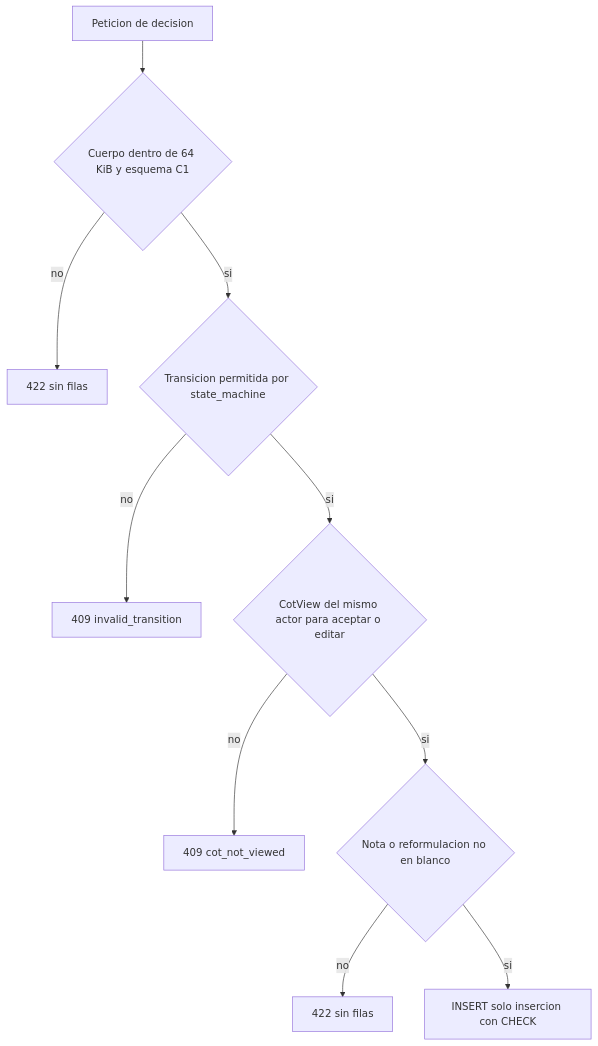
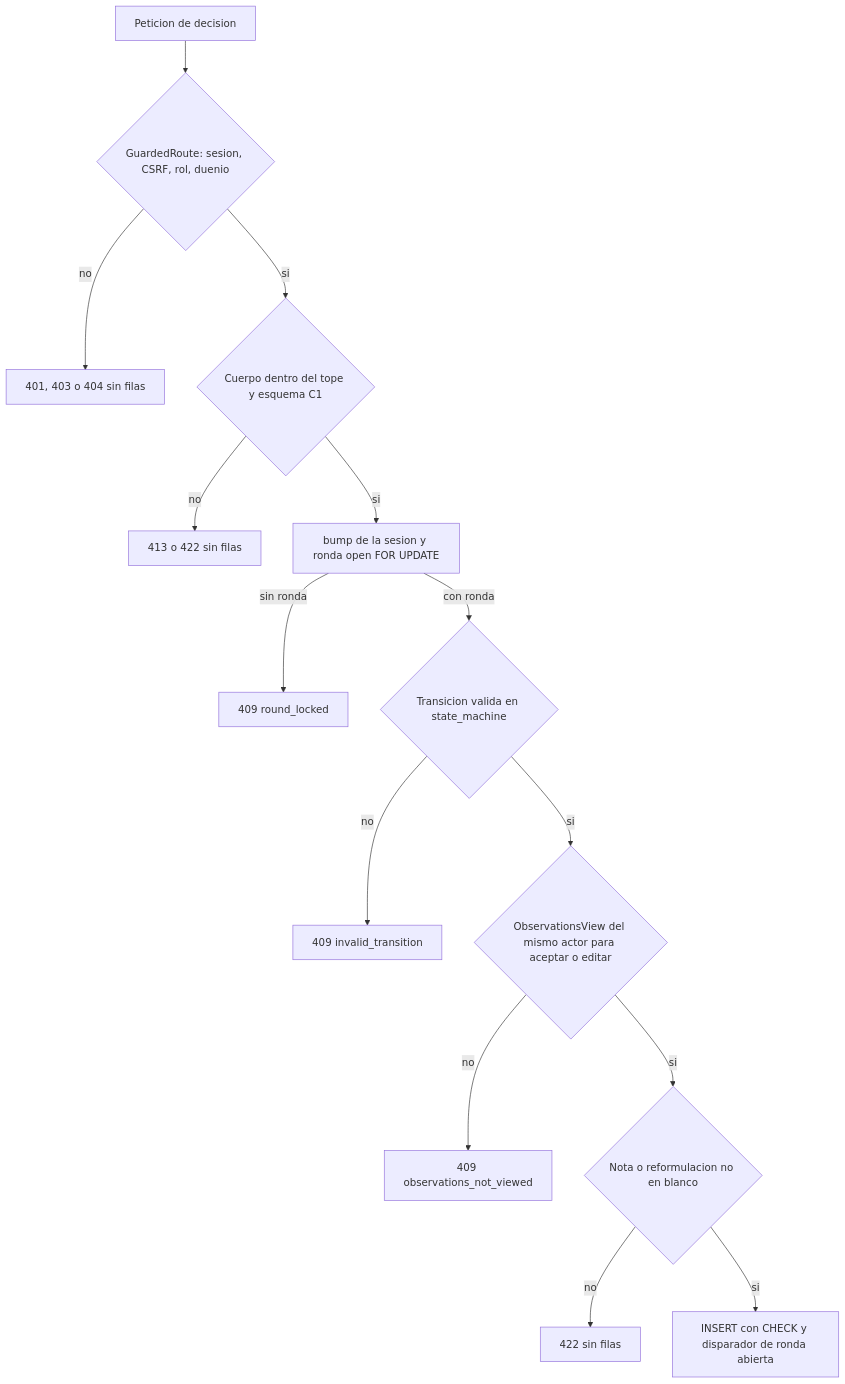
The diagram in aidlc/spaces/default/intents/261002-veridicus-mvp/construction/human-review/nfr-design/security-design.md (freyesJaveriana/tai), drawn with Mermaid before and after one commit. The commit also changed other lines of this file and 10 other files, not shown here.

````diff
--- a/aidlc/spaces/default/intents/261002-veridicus-mvp/construction/human-review/nfr-design/security-design.md
+++ b/aidlc/spaces/default/intents/261002-veridicus-mvp/construction/human-review/nfr-design/security-design.md
@@ -45,12 +82,16 @@
 ```mermaid
 flowchart TD
-  R[Peticion de decision] --> L{Cuerpo dentro de 64 KiB y esquema C1}
-  L -- no --> E1[422 sin filas]
-  L -- si --> S{Transicion permitida por state_machine}
-  S -- no --> E2[409 invalid_transition]
-  S -- si --> V{CotView del mismo actor para aceptar o editar}
-  V -- no --> E3[409 cot_not_viewed]
+  R[Peticion de decision] --> G{GuardedRoute: sesion, CSRF, rol, duenio}
+  G -- no --> E0[401, 403 o 404 sin filas]
+  G -- si --> L{Cuerpo dentro del tope y esquema C1}
+  L -- no --> E1[413 o 422 sin filas]
+  L -- si --> K[bump de la sesion y ronda open FOR UPDATE]
+  K -- sin ronda --> E2[409 round_locked]
+  K -- con ronda --> S{Transicion valida en state_machine}
+  S -- no --> E3[409 invalid_transition]
+  S -- si --> V{ObservationsView del mismo actor para aceptar o editar}
+  V -- no --> E4[409 observations_not_viewed]
   V -- si --> N{Nota o reformulacion no en blanco}
-  N -- no --> E4[422 sin filas]
-  N -- si --> I[INSERT solo insercion con CHECK]
+  N -- no --> E5[422 sin filas]
+  N -- si --> I[INSERT con CHECK y disparador de ronda abierta]
 ```
````
